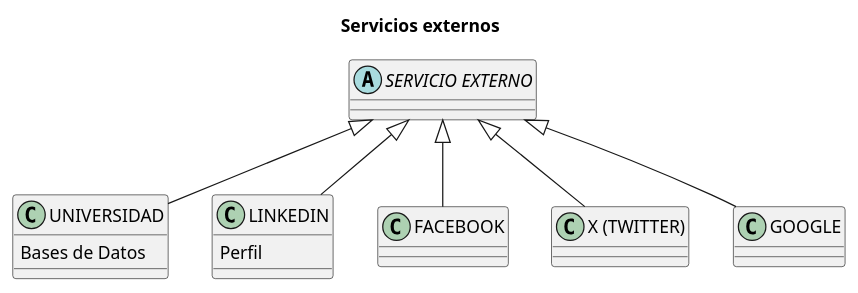
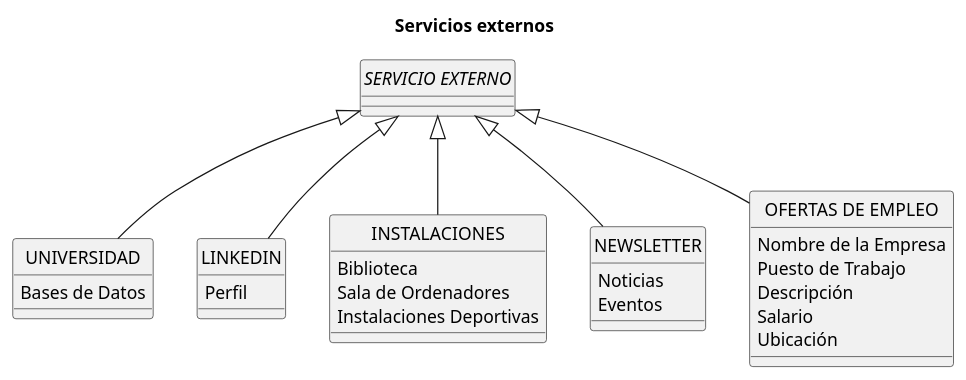
Before and after one commit to mmasias/23-24-IdSw1-SDR: the diagram in Modelo_de_Dominio/Diagramas_de_Clases/Diagramas_Finales/Cuarta_Iteración/Diagrama_de_Servicios_Externos/Diagrama_de_Servicios_Externos.puml, drawn with PlantUML. The commit also changed 4 other files, not shown here.

```diff
--- a/Modelo_de_Dominio/Diagramas_de_Clases/Diagramas_Finales/Cuarta_Iteración/Diagrama_de_Servicios_Externos/Diagrama_de_Servicios_Externos.puml
+++ b/Modelo_de_Dominio/Diagramas_de_Clases/Diagramas_Finales/Cuarta_Iteración/Diagrama_de_Servicios_Externos/Diagrama_de_Servicios_Externos.puml
@@ -1,41 +1,52 @@
 @startuml AlumniExternalServices
 
 title Servicios externos
 
 '!theme amiga
 skinparam backgroundColor white
 skinparam defaultFontName Arial
+hide circle
 
 abstract "SERVICIO EXTERNO" 
 { 
 }
 
 class UNIVERSIDAD 
 {
     Bases de Datos
 }
 
 class LINKEDIN
 {
     Perfil
 }
 
-class FACEBOOK
+class INSTALACIONES 
 {
+    Biblioteca
+    Sala de Ordenadores
+    Instalaciones Deportivas
 }
 
-class "X (TWITTER)"
+class NEWSLETTER 
 {
+    Noticias
+    Eventos
 }
 
-class GOOGLE
+class "OFERTAS DE EMPLEO" 
 {
+    Nombre de la Empresa
+    Puesto de Trabajo
+    Descripción
+    Salario
+    Ubicación
 }
 
 "SERVICIO EXTERNO" <|-- UNIVERSIDAD
 "SERVICIO EXTERNO" <|-- LINKEDIN
-"SERVICIO EXTERNO" <|-- FACEBOOK
-"SERVICIO EXTERNO" <|-- "X (TWITTER)"
-"SERVICIO EXTERNO" <|-- GOOGLE
+"SERVICIO EXTERNO" <|-- INSTALACIONES
+"SERVICIO EXTERNO" <|-- NEWSLETTER
+"SERVICIO EXTERNO" <|-- "OFERTAS DE EMPLEO"
 
 @enduml
```
